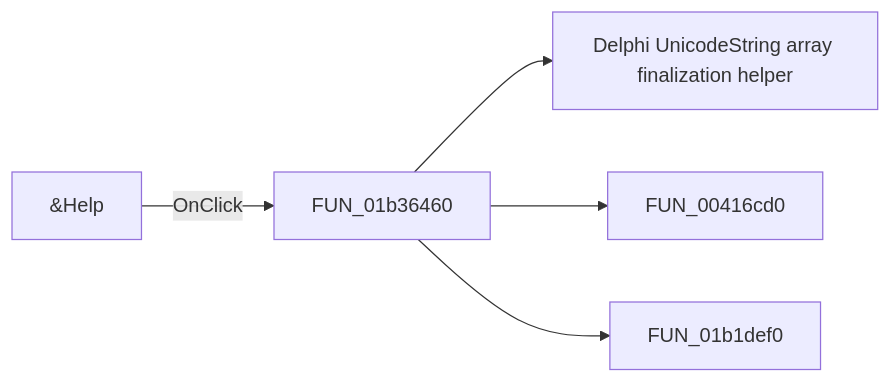
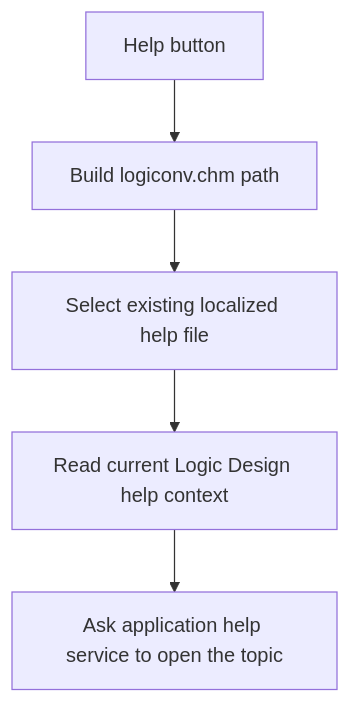
Before and after one commit to MovGP0/TIARA: the diagram in docs/ui-controls/introduction-form/bitbtn1-9143b1ad30.md, drawn with Mermaid. The commit also changed other lines of this file and 387 other files, not shown here.

````diff
--- a/docs/ui-controls/introduction-form/bitbtn1-9143b1ad30.md
+++ b/docs/ui-controls/introduction-form/bitbtn1-9143b1ad30.md
@@ -27,7 +27,7 @@
 ```mermaid
-flowchart LR
-    control["&Help"] -->|OnClick| handler["FUN_01b36460"]
-    handler --> call1["Delphi UnicodeString array finalization helper"]
-    handler --> call2["FUN_00416cd0"]
-    handler --> call3["FUN_01b1def0"]
+flowchart TD
+    control["Help button"] --> handler["Build logiconv.chm path"]
+    handler --> resolver["Select existing localized help file"]
+    resolver --> context["Read current Logic Design help context"]
+    context --> dispatch["Ask application help service to open the topic"]
 ```
````
